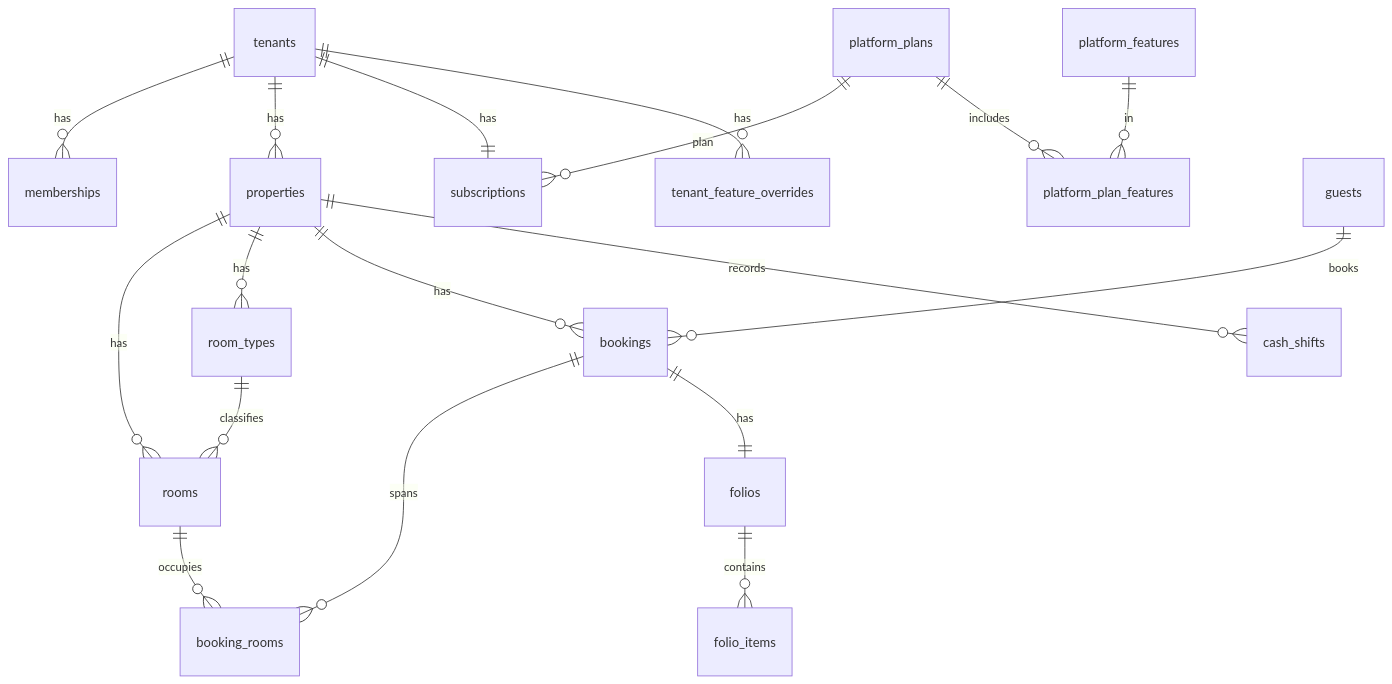
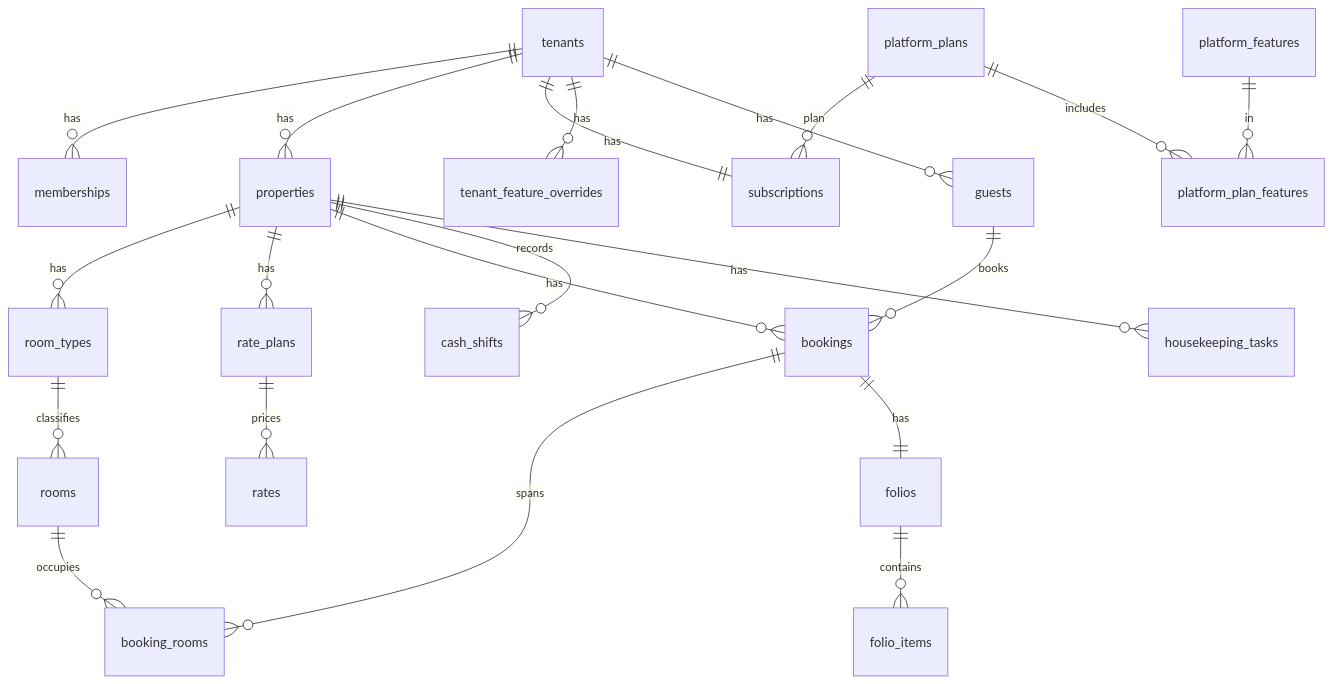
One commit to hassanateeq-collab/htldgtl changed the diagram in docs/architecture/data-model.md. Above: the diagram before and after it, drawn with Mermaid. The commit also changed other lines of this file and 10 other files, not shown here.

First line of the commit message:
Build: Supabase schema live — 5 migrations, RLS with 26 isolation checks, Central Residence seed.

````diff
--- a/docs/architecture/data-model.md
+++ b/docs/architecture/data-model.md
@@ -14,20 +25,23 @@
 ```mermaid
 erDiagram
   tenants ||--o{ memberships : has
   tenants ||--o{ properties : has
   tenants ||--|| subscriptions : has
   tenants ||--o{ tenant_feature_overrides : has
   platform_plans ||--o{ subscriptions : plan
   platform_plans ||--o{ platform_plan_features : includes
   platform_features ||--o{ platform_plan_features : in
-  properties ||--o{ rooms : has
   properties ||--o{ room_types : has
   room_types ||--o{ rooms : classifies
+  properties ||--o{ rate_plans : has
+  rate_plans ||--o{ rates : prices
+  tenants ||--o{ guests : has
   properties ||--o{ bookings : has
   guests ||--o{ bookings : books
   bookings ||--o{ booking_rooms : spans
   rooms ||--o{ booking_rooms : occupies
   bookings ||--|| folios : has
   folios ||--o{ folio_items : contains
   properties ||--o{ cash_shifts : records
+  properties ||--o{ housekeeping_tasks : has
 ```
````
